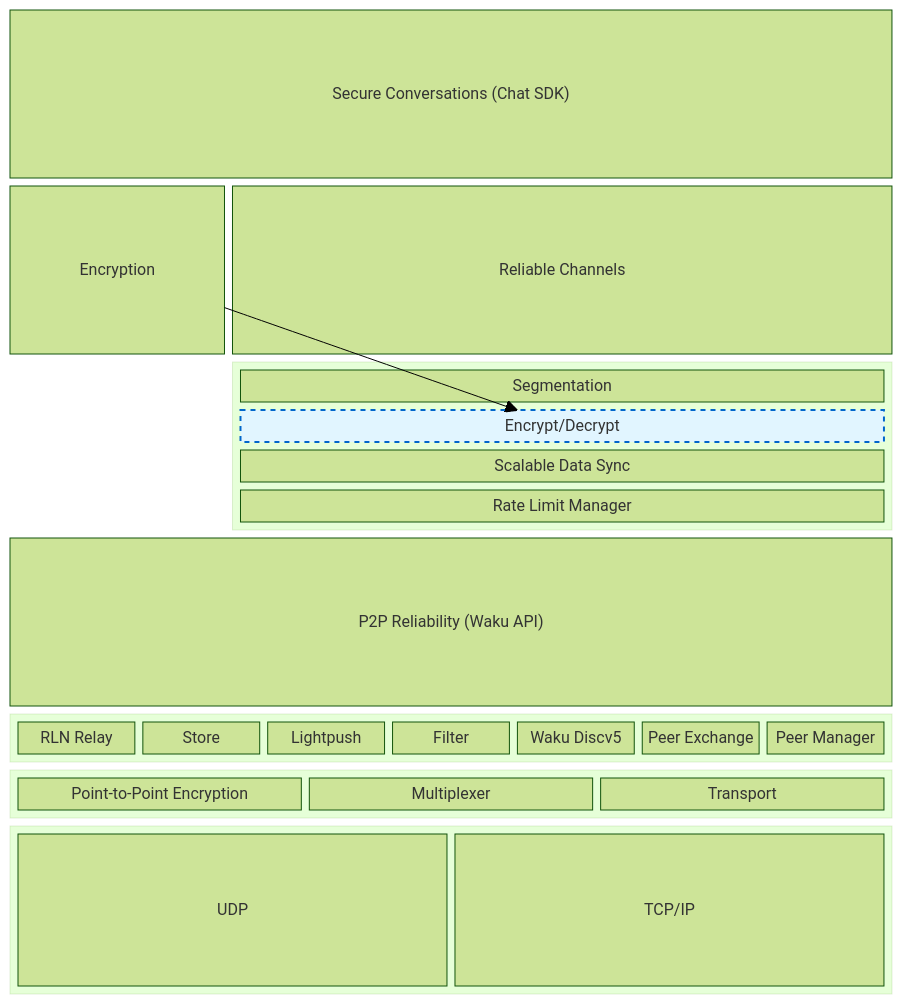
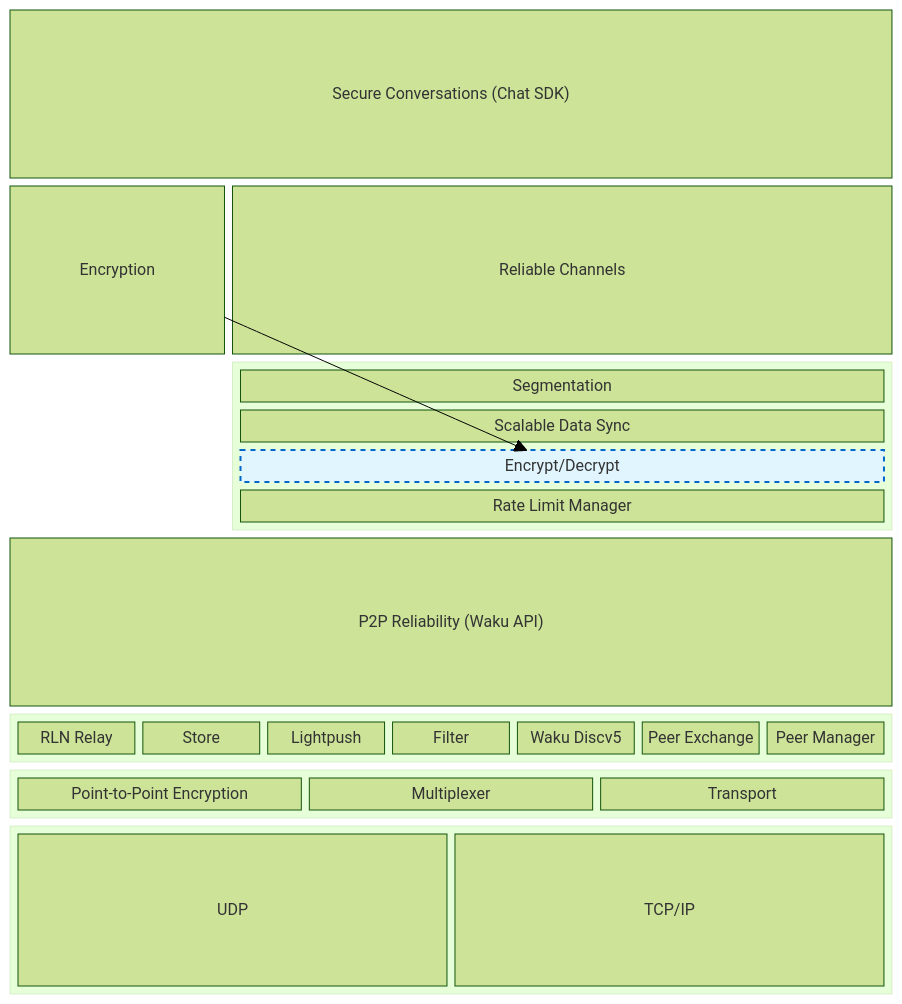
One commit to waku-org/pm changed the diagram in ARCHITECTURE.md. Above: the diagram before and after it, drawn with Mermaid (forest theme). The commit also changed other lines of this file, not shown here.

Commit message:
SDS wrapper is encrypted

````diff
--- a/ARCHITECTURE.md
+++ b/ARCHITECTURE.md
@@ -6,46 +6,46 @@
 ```mermaid
 block-beta
     columns 4
     sc["Secure Conversations (Chat SDK)"]:4
 
     e["Encryption"]:1
     rc["Reliable Channels"]:3
     space:1
 
     block:reliablechannels:3
         columns 1
         sg["Segmentation"]:1
+        sds["Scalable Data Sync"]:1
         enc["Encrypt/Decrypt"]:1
-        sds["Scalable Data Sync"]:1
         rlm["Rate Limit Manager"]:1
     end
 
     e --> enc
 
     P2PReliability["P2P Reliability (Waku API)"]:4
     block:wakuapi:4
         columns 7
         RLNRelay["RLN Relay"]:1
         Store["Store"]:1
         Lightpush["Lightpush"]:1
         Filter["Filter"]:1
         Discv5["Waku Discv5"]:1
         PeerExchange["Peer Exchange"]:1
         PeerManager["Peer Manager"]:1
 
     end
 
     block:libp2p:4
         P2PEncryption["Point-to-Point Encryption"]
         Multiplexer["Multiplexer"]
         Transport["Transport"]
     end
 
     block:base:4
         UDP["UDP"]
         TCP["TCP/IP"]
     end
 
     classDef borrowed fill:#e1f5ff,stroke:#0066cc,stroke-width:2px,stroke-dasharray: 5 5
     class enc borrowed
 ```
````
